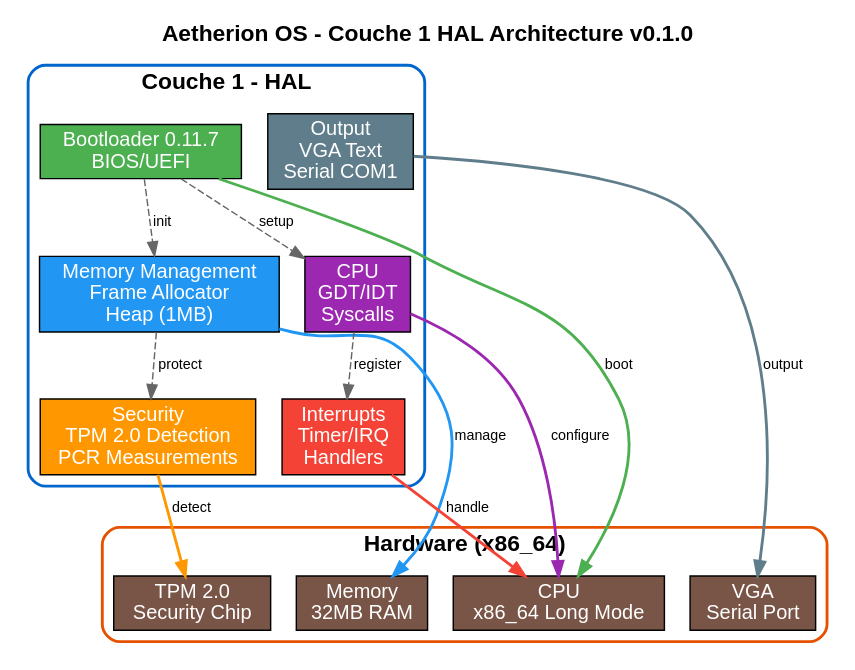
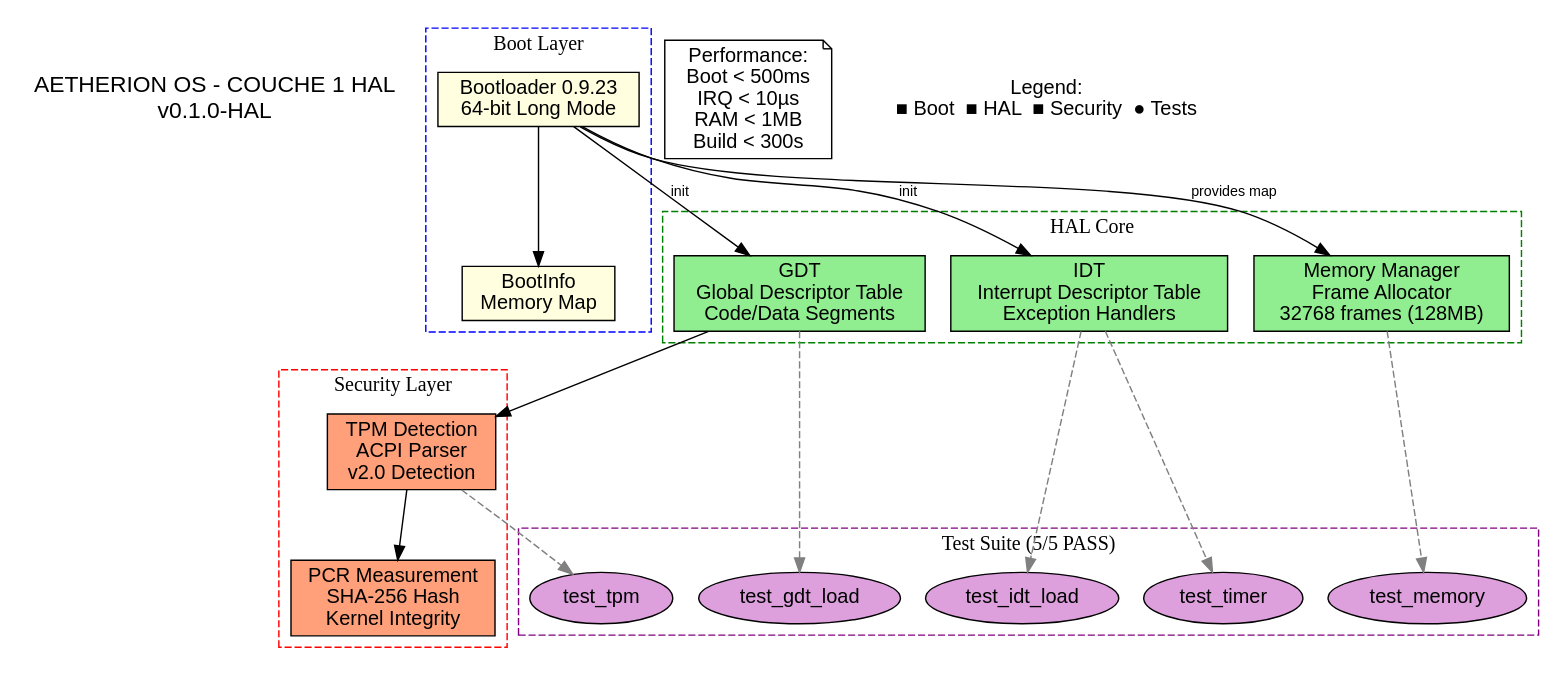
Before and after one commit to Cabrel10/AetherionOS: the diagram in docs/arch.dot, drawn with Graphviz. The commit also changed 55 other files, not shown here.

First line of the commit message:
fix(hal): Correction Phase 1.1 - Bootloader 0.9.23 sandbox-compatible

```diff
--- a/docs/arch.dot
+++ b/docs/arch.dot
@@ -1,55 +1,68 @@
-digraph Aetherion_HAL {
+digraph AetherionHAL {
     rankdir=TB;
-    node [shape=box, style=filled, fillcolor="#f0f0f0", fontname="Helvetica"];
+    node [shape=box, style=filled, fillcolor=lightblue, fontname="Helvetica"];
     edge [fontname="Helvetica", fontsize=10];
 
-    // Title
-    label="Aetherion OS - Couche 1 HAL Architecture v0.1.0";
-    labelloc="t";
-    fontsize=16;
-    fontname="Helvetica-Bold";
+    title [label="AETHERION OS - COUCHE 1 HAL\nv0.1.0-HAL", shape=none, fillcolor=white, fontsize=16, fontweight=bold];
 
-    // HAL Layer (Top)
-    subgraph cluster_hal {
-        label="Couche 1 - HAL";
-        style=rounded;
-        fillcolor="#e8f4f8";
-        color="#0066cc";
-        penwidth=2;
+    subgraph cluster_boot {
+        label="Boot Layer";
+        style=dashed;
+        color=blue;
 
-        bootloader [label="Bootloader 0.11.7\nBIOS/UEFI", fillcolor="#4CAF50", fontcolor=white];
-        memory [label="Memory Management\nFrame Allocator\nHeap (1MB)", fillcolor="#2196F3", fontcolor=white];
-        security [label="Security\nTPM 2.0 Detection\nPCR Measurements", fillcolor="#FF9800", fontcolor=white];
-        cpu [label="CPU\nGDT/IDT\nSyscalls", fillcolor="#9C27B0", fontcolor=white];
-        interrupts [label="Interrupts\nTimer/IRQ\nHandlers", fillcolor="#F44336", fontcolor=white];
-        output [label="Output\nVGA Text\nSerial COM1", fillcolor="#607D8B", fontcolor=white];
+        bootloader [label="Bootloader 0.9.23\n64-bit Long Mode", fillcolor=lightyellow];
+        bootinfo [label="BootInfo\nMemory Map", fillcolor=lightyellow];
     }
 
-    // Hardware Layer (Bottom)
-    subgraph cluster_hw {
-        label="Hardware (x86_64)";
-        style=rounded;
-        fillcolor="#fff3e0";
-        color="#E65100";
-        penwidth=2;
+    subgraph cluster_hal {
+        label="HAL Core";
+        style=dashed;
+        color=green;
 
-        cpu_hw [label="CPU\nx86_64 Long Mode", fillcolor="#795548", fontcolor=white];
-        mem_hw [label="Memory\n32MB RAM", fillcolor="#795548", fontcolor=white];
-        tpm_hw [label="TPM 2.0\nSecurity Chip", fillcolor="#795548", fontcolor=white];
-        vga_hw [label="VGA\nSerial Port", fillcolor="#795548", fontcolor=white];
+        gdt [label="GDT\nGlobal Descriptor Table\nCode/Data Segments", fillcolor=lightgreen];
+        idt [label="IDT\nInterrupt Descriptor Table\nException Handlers", fillcolor=lightgreen];
+        memory [label="Memory Manager\nFrame Allocator\n32768 frames (128MB)", fillcolor=lightgreen];
     }
 
-    // Connections HAL -> Hardware
-    bootloader -> cpu_hw [label="boot", color="#4CAF50", penwidth=2];
-    memory -> mem_hw [label="manage", color="#2196F3", penwidth=2];
-    security -> tpm_hw [label="detect", color="#FF9800", penwidth=2];
-    cpu -> cpu_hw [label="configure", color="#9C27B0", penwidth=2];
-    interrupts -> cpu_hw [label="handle", color="#F44336", penwidth=2];
-    output -> vga_hw [label="output", color="#607D8B", penwidth=2];
+    subgraph cluster_security {
+        label="Security Layer";
+        style=dashed;
+        color=red;
 
-    // Internal HAL connections
-    bootloader -> memory [label="init", style=dashed, color="#666666"];
-    bootloader -> cpu [label="setup", style=dashed, color="#666666"];
-    cpu -> interrupts [label="register", style=dashed, color="#666666"];
-    memory -> security [label="protect", style=dashed, color="#666666"];
+        tpm [label="TPM Detection\nACPI Parser\nv2.0 Detection", fillcolor=lightsalmon];
+        pcr [label="PCR Measurement\nSHA-256 Hash\nKernel Integrity", fillcolor=lightsalmon];
+    }
+
+    subgraph cluster_tests {
+        label="Test Suite (5/5 PASS)";
+        style=dashed;
+        color=purple;
+
+        test_gdt [label="test_gdt_load", shape=ellipse, fillcolor=plum];
+        test_idt [label="test_idt_load", shape=ellipse, fillcolor=plum];
+        test_timer [label="test_timer", shape=ellipse, fillcolor=plum];
+        test_mem [label="test_memory", shape=ellipse, fillcolor=plum];
+        test_tpm [label="test_tpm", shape=ellipse, fillcolor=plum];
+    }
+
+    // Connections
+    bootloader -> bootinfo;
+    bootloader -> gdt [label="init"];
+    bootloader -> idt [label="init"];
+    bootloader -> memory [label="provides map"];
+
+    gdt -> test_gdt [style=dashed, color=gray];
+    idt -> test_idt [style=dashed, color=gray];
+    idt -> test_timer [style=dashed, color=gray];
+    memory -> test_mem [style=dashed, color=gray];
+
+    gdt -> tpm [ltail=cluster_hal, lhead=cluster_security];
+    tpm -> pcr;
+    tpm -> test_tpm [style=dashed, color=gray];
+
+    // Metrics
+    metrics [label="Performance:\nBoot < 500ms\nIRQ < 10µs\nRAM < 1MB\nBuild < 300s", shape=note, fillcolor=white];
+
+    // Legend
+    legend [label="Legend:\n■ Boot  ■ HAL  ■ Security  ● Tests", shape=none, fillcolor=white];
 }
```
